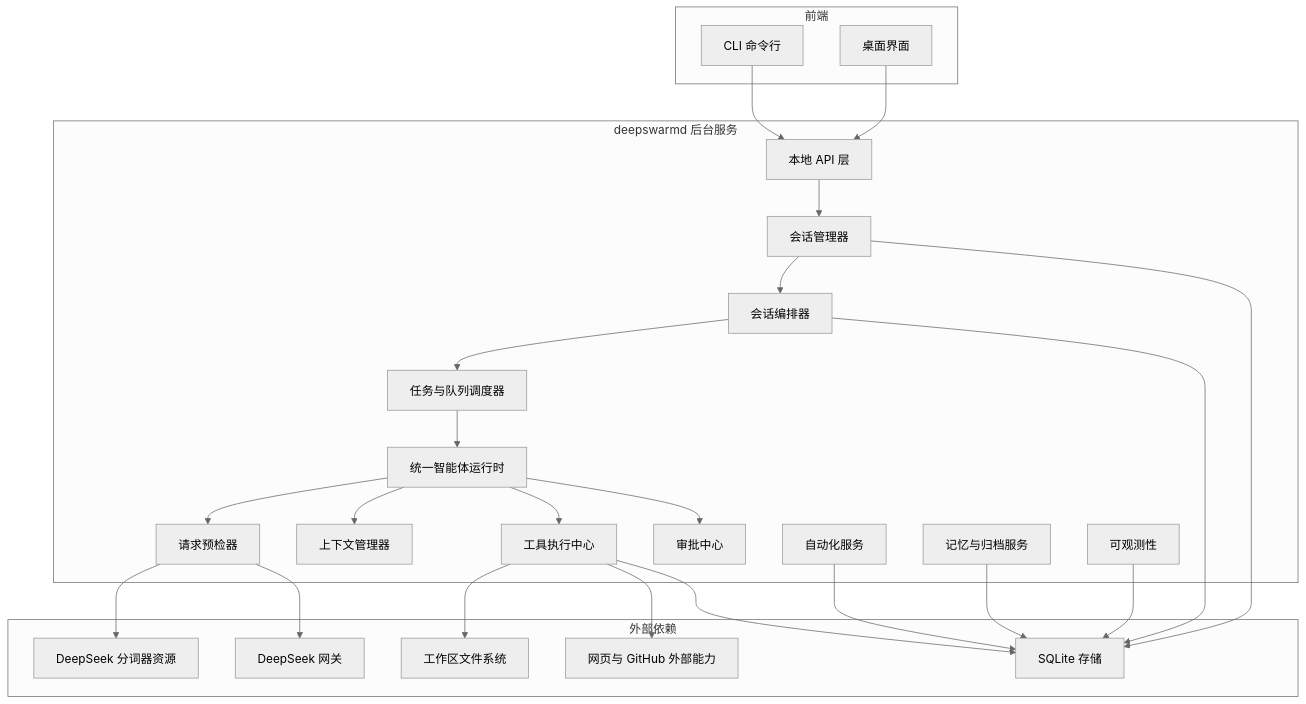
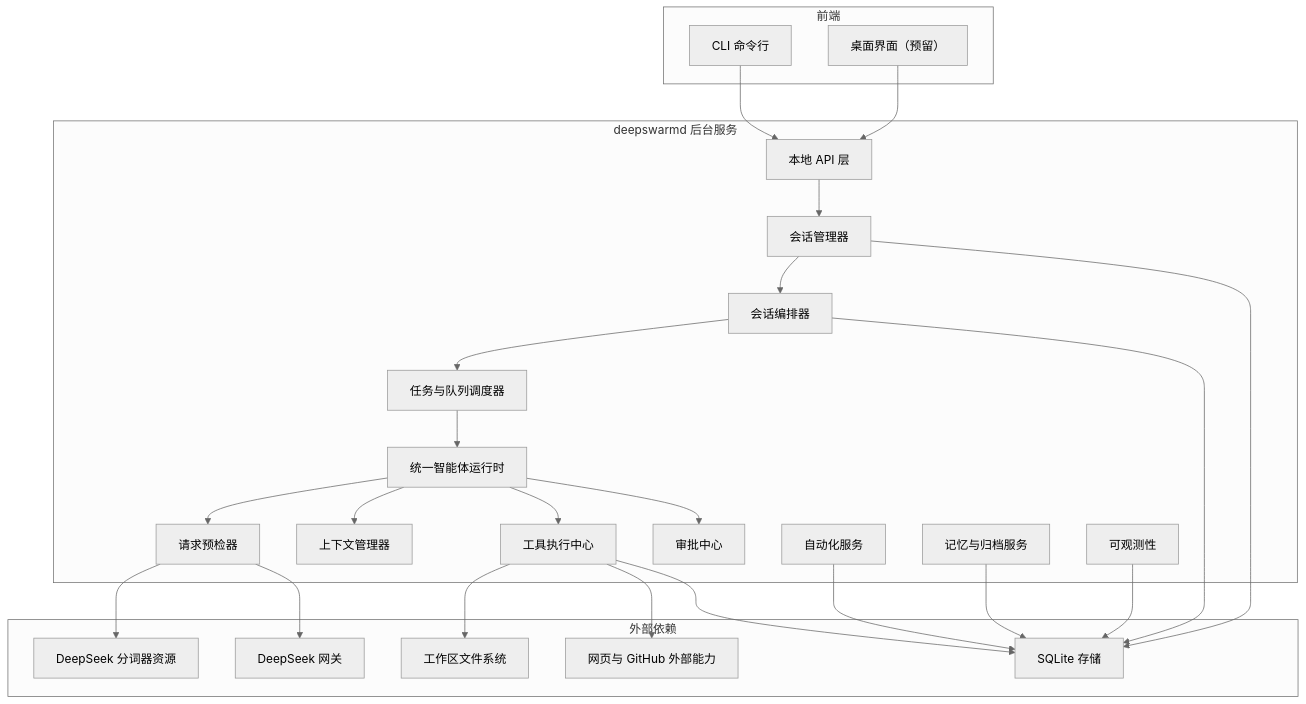
The first of 3 diagrams in docs/DeepSwarm-Agent-设计文档.md (liruilong9999/DeepSwarm), drawn with Mermaid (neutral theme) before and after one commit. The commit also changed other lines of this file, not shown here.

````diff
--- a/docs/DeepSwarm-Agent-设计文档.md
+++ b/docs/DeepSwarm-Agent-设计文档.md
@@ -65,51 +68,51 @@
 ```mermaid
 flowchart TB
     subgraph 前端
         CLI[CLI 命令行]
-        DESKTOP[桌面界面]
+        DESKTOP[桌面界面（预留）]
     end
 
     subgraph 后台服务["deepswarmd 后台服务"]
         API[本地 API 层]
         SM[会话管理器]
         ORCH[会话编排器]
         ARM[统一智能体运行时]
         PRE[请求预检器]
         TQ[任务与队列调度器]
         CM[上下文管理器]
         APP[审批中心]
         TOOL[工具执行中心]
         AUTO[自动化服务]
         MEM[记忆与归档服务]
         OBS[可观测性]
     end
 
     subgraph 外部依赖
         DS[DeepSeek 网关]
         TK[DeepSeek 分词器资源]
         FS[工作区文件系统]
         DB[SQLite 存储]
         WEB[网页与 GitHub 外部能力]
     end
 
     CLI --> API
     DESKTOP --> API
     API --> SM
     SM --> ORCH
     ORCH --> TQ
     TQ --> ARM
     ARM --> PRE
     PRE --> TK
     PRE --> DS
     ARM --> CM
     ARM --> TOOL
     ARM --> APP
     TOOL --> FS
     TOOL --> WEB
     SM --> DB
     ORCH --> DB
     TOOL --> DB
     MEM --> DB
     AUTO --> DB
     OBS --> DB
 ```
````
